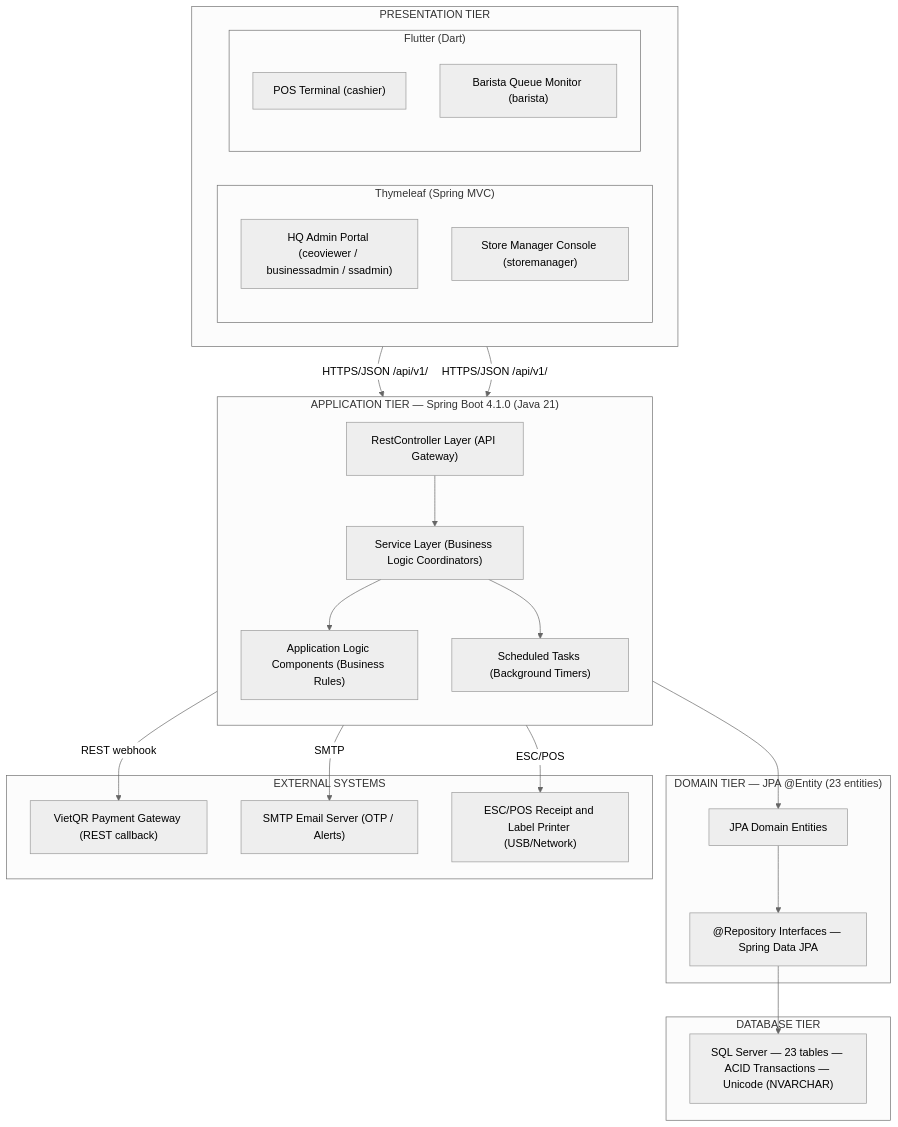
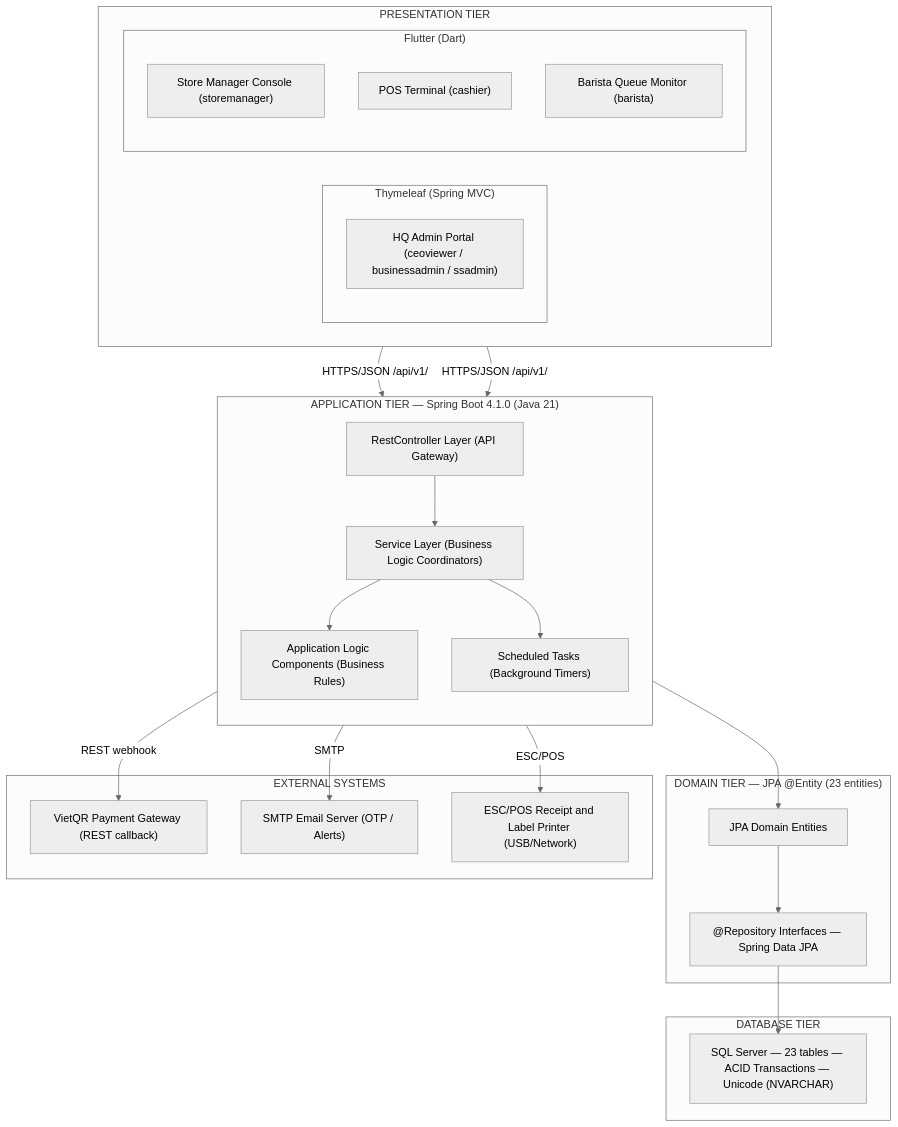
The first of 2 diagrams in docs/rds_sections/01_system_architecture.md (Shaichi/khoga_cafe), drawn with Mermaid (neutral theme) before and after one commit. The commit also changed other lines of this file and 119 other files, not shown here.

````diff
--- a/docs/rds_sections/01_system_architecture.md
+++ b/docs/rds_sections/01_system_architecture.md
@@ -7,49 +7,49 @@
 ```mermaid
 graph TB
     subgraph PRESENTATION["PRESENTATION TIER"]
         direction LR
         subgraph WEB["Thymeleaf (Spring MVC)"]
             HQ["HQ Admin Portal (ceoviewer / businessadmin / ssadmin)"]
-            MGR["Store Manager Console (storemanager)"]
         end
         subgraph FLUTTER["Flutter (Dart)"]
+            MGR["Store Manager Console (storemanager)"]
             POS["POS Terminal (cashier)"]
             BAR["Barista Queue Monitor (barista)"]
         end
     end
 
     subgraph APP["APPLICATION TIER — Spring Boot 4.1.0 (Java 21)"]
         direction TB
         CTRL["RestController Layer (API Gateway)"]
         SVC["Service Layer (Business Logic Coordinators)"]
         LOGIC["Application Logic Components (Business Rules)"]
         SCHED["Scheduled Tasks (Background Timers)"]
     end
 
     subgraph DOMAIN["DOMAIN TIER — JPA @Entity (23 entities)"]
         ENT["JPA Domain Entities"]
         REPO["@Repository Interfaces — Spring Data JPA"]
     end
 
     subgraph DB["DATABASE TIER"]
         SQLSERVER["SQL Server — 23 tables — ACID Transactions — Unicode (NVARCHAR)"]
     end
 
     subgraph EXT["EXTERNAL SYSTEMS"]
         VIETQR["VietQR Payment Gateway (REST callback)"]
         EMAIL["SMTP Email Server (OTP / Alerts)"]
         PRINTER["ESC/POS Receipt and Label Printer (USB/Network)"]
     end
 
     WEB -->|"HTTPS/JSON /api/v1/"| CTRL
     FLUTTER -->|"HTTPS/JSON /api/v1/"| CTRL
     CTRL --> SVC
     SVC --> LOGIC
     SVC --> SCHED
     SVC --> ENT
     ENT --> REPO
     REPO --> SQLSERVER
     CTRL -->|"REST webhook"| VIETQR
     SVC -->|"SMTP"| EMAIL
     APP -->|"ESC/POS"| PRINTER
 ```
````
